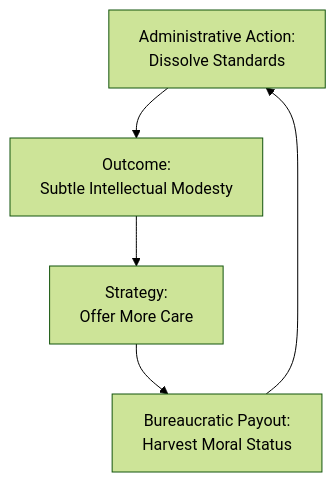
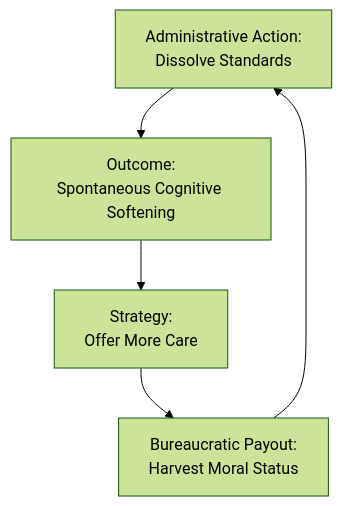
One commit to maldfrey/whitepapers changed the second of 3 diagrams in papers/law-and-miseducation.md. Above: the diagram before and after it, drawn with Mermaid (forest theme). The commit also changed other lines of this file, not shown here.

````diff
--- a/papers/law-and-miseducation.md
+++ b/papers/law-and-miseducation.md
@@ -57,7 +57,7 @@
 ```mermaid
 graph TD
-    A[Administrative Action:<br>Dissolve Standards] --> B[Outcome:<br>Subtle Intellectual Modesty]
+    A[Administrative Action:<br>Dissolve Standards] --> B[Outcome:<br>Spontaneous Cognitive Softening]
     B --> C[Strategy:<br>Offer More Care]
     C --> D[Bureaucratic Payout:<br>Harvest Moral Status]
     D --> A
 ```
````
